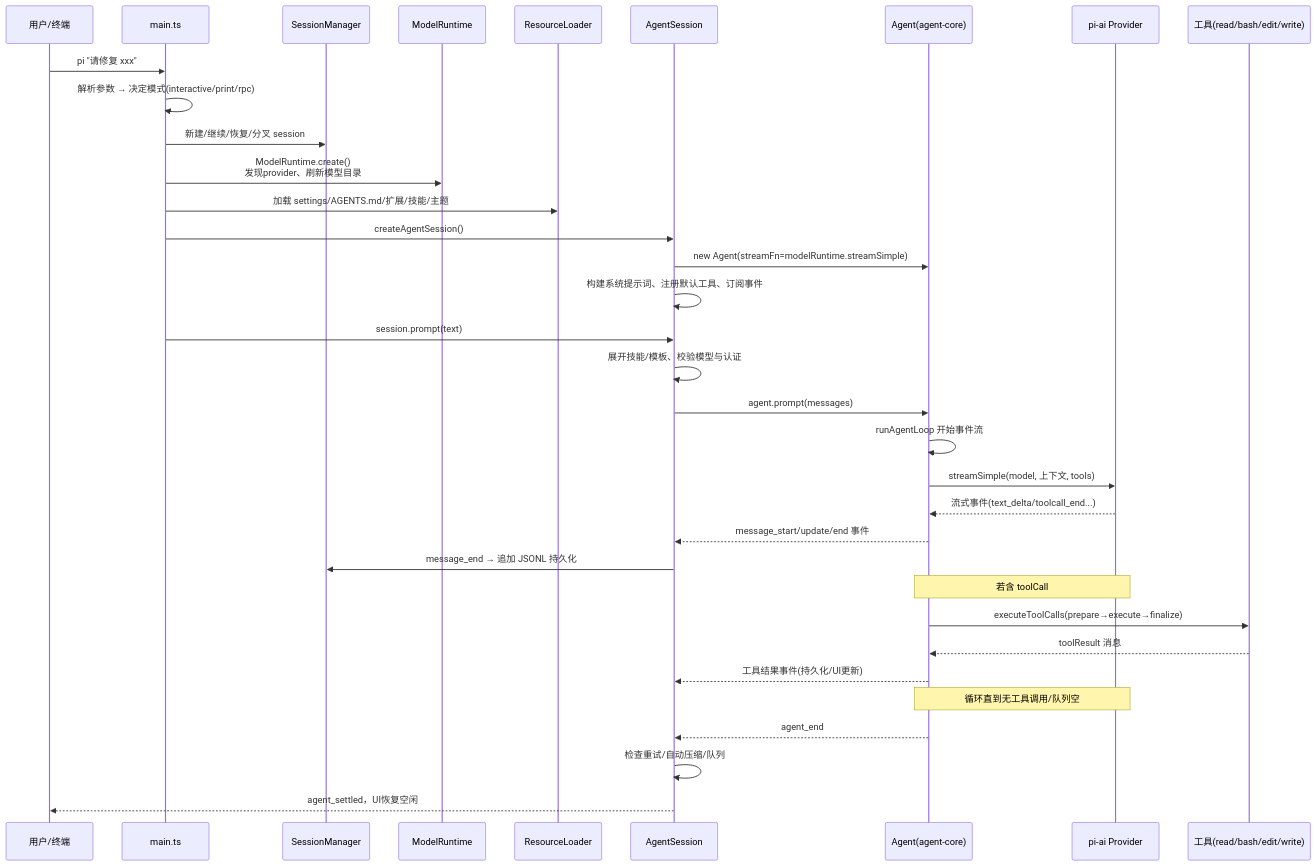
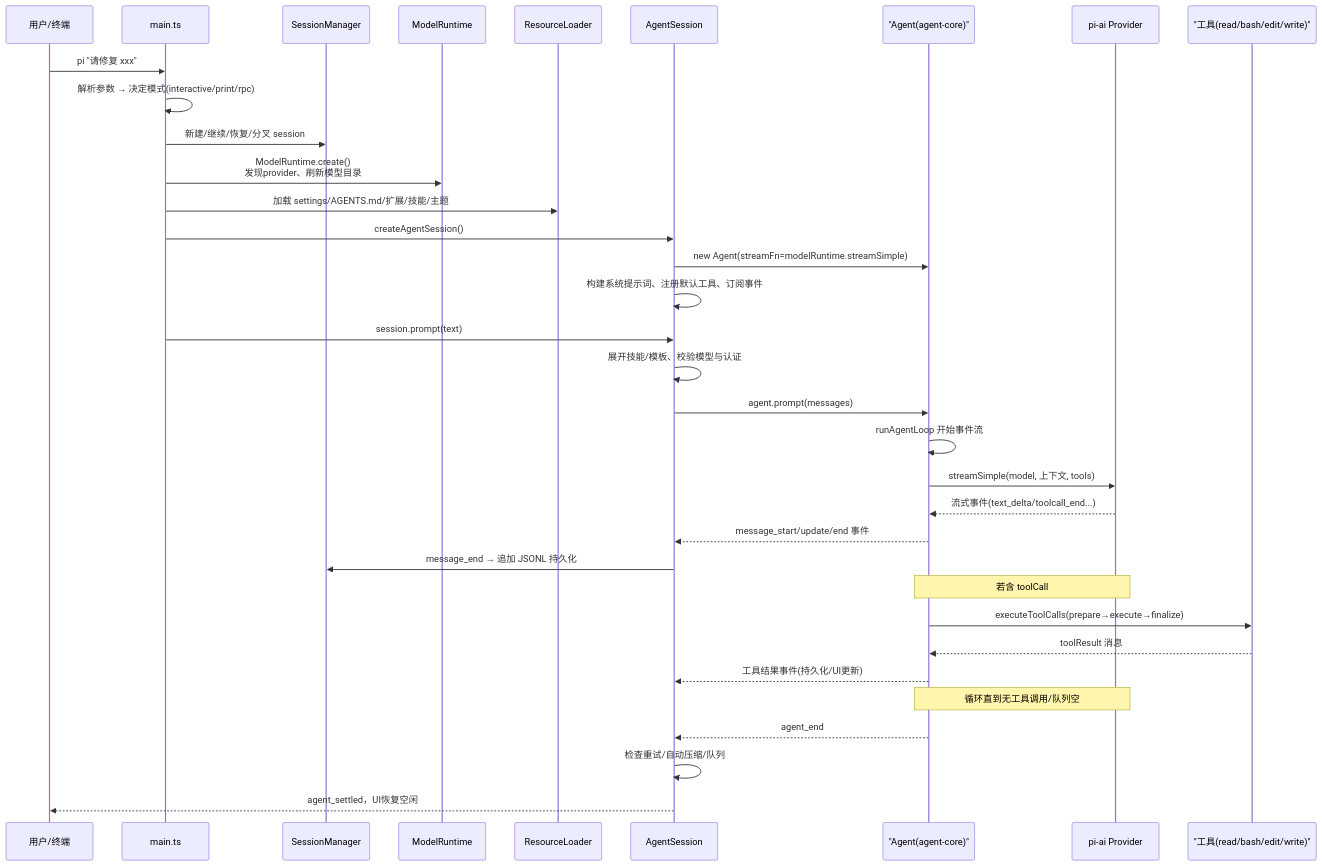
One commit to lidetao/harness-frameworks changed the first of 6 diagrams in pi/03-runtime.md. Above: the diagram before and after it, drawn with Mermaid. The commit also changed other lines of this file and 4 other files, not shown here.

Commit message:
Quote Mermaid labels in pi docs to fix diagram rendering

````diff
--- a/pi/03-runtime.md
+++ b/pi/03-runtime.md
@@ -5,37 +5,37 @@
 ```mermaid
 sequenceDiagram
     participant U as 用户/终端
     participant CLI as main.ts
     participant SM as SessionManager
     participant RT as ModelRuntime
     participant RL as ResourceLoader
     participant S as AgentSession
-    participant A as Agent(agent-core)
+    participant A as "Agent(agent-core)"
     participant P as pi-ai Provider
-    participant T as 工具(read/bash/edit/write)
+    participant T as "工具(read/bash/edit/write)"
 
     U->>CLI: pi "请修复 xxx"
     CLI->>CLI: 解析参数 → 决定模式(interactive/print/rpc)
     CLI->>SM: 新建/继续/恢复/分叉 session
     CLI->>RT: ModelRuntime.create()<br/>发现provider、刷新模型目录
     CLI->>RL: 加载 settings/AGENTS.md/扩展/技能/主题
     CLI->>S: createAgentSession()
     S->>A: new Agent(streamFn=modelRuntime.streamSimple)
     S->>S: 构建系统提示词、注册默认工具、订阅事件
     CLI->>S: session.prompt(text)
     S->>S: 展开技能/模板、校验模型与认证
     S->>A: agent.prompt(messages)
     A->>A: runAgentLoop 开始事件流
     A->>P: streamSimple(model, 上下文, tools)
     P-->>A: 流式事件(text_delta/toolcall_end...)
     A-->>S: message_start/update/end 事件
     S->>SM: message_end → 追加 JSONL 持久化
     Note over A,P: 若含 toolCall
     A->>T: executeToolCalls(prepare→execute→finalize)
     T-->>A: toolResult 消息
     A-->>S: 工具结果事件(持久化/UI更新)
     Note over A,P: 循环直到无工具调用/队列空
     A-->>S: agent_end
     S->>S: 检查重试/自动压缩/队列
     S-->>U: agent_settled，UI恢复空闲
 ```
````
